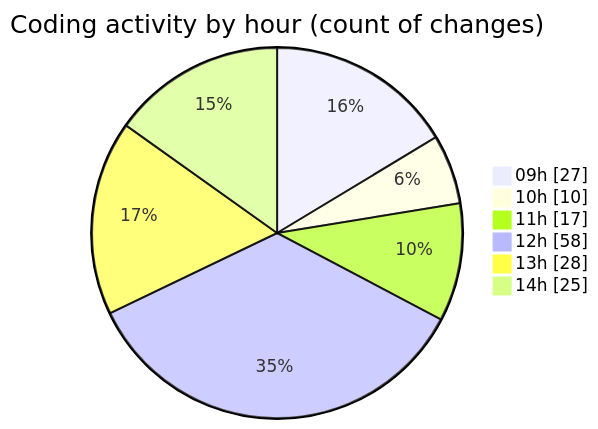
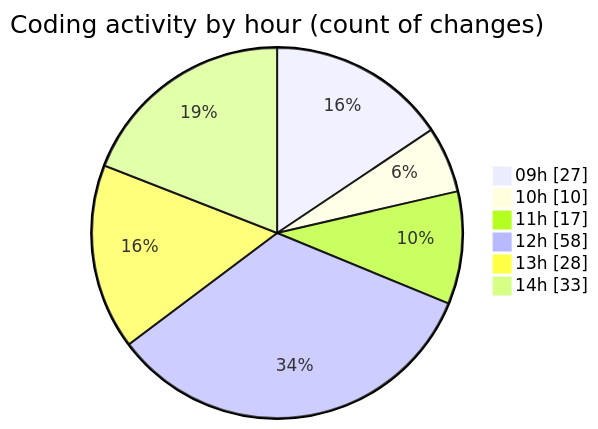
One commit to momahboobian/code-tracking changed the second of 2 diagrams in 2026-05-15/cda/README.md. Above: the diagram before and after it, drawn with Mermaid. The commit also changed other lines of this file and 1 other file, not shown here.

````diff
--- a/2026-05-15/cda/README.md
+++ b/2026-05-15/cda/README.md
@@ -77,10 +78,10 @@
 ```mermaid
 pie showData
 title Coding activity by hour (count of changes)
 "09h" : 27
 "10h" : 10
 "11h" : 17
 "12h" : 58
 "13h" : 28
-"14h" : 25
+"14h" : 33
 ```
````
